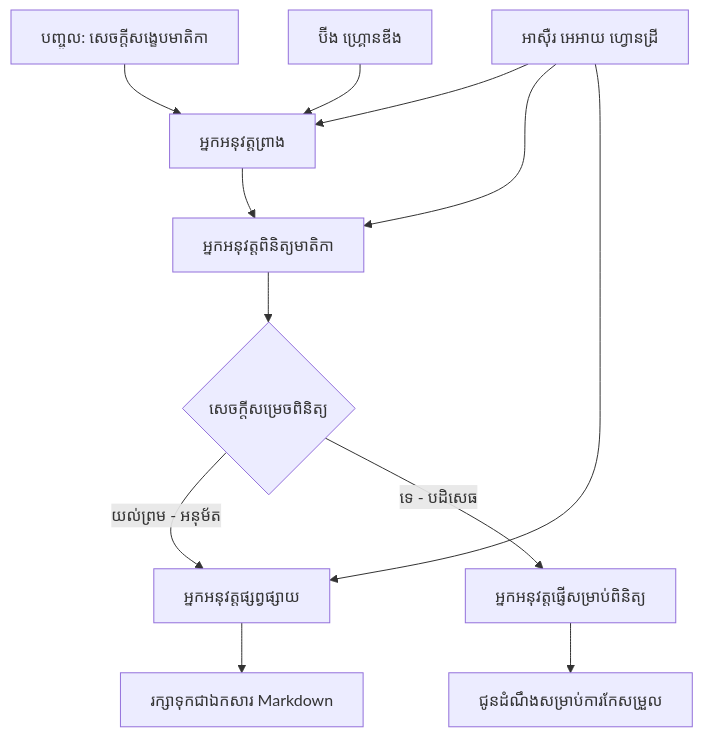
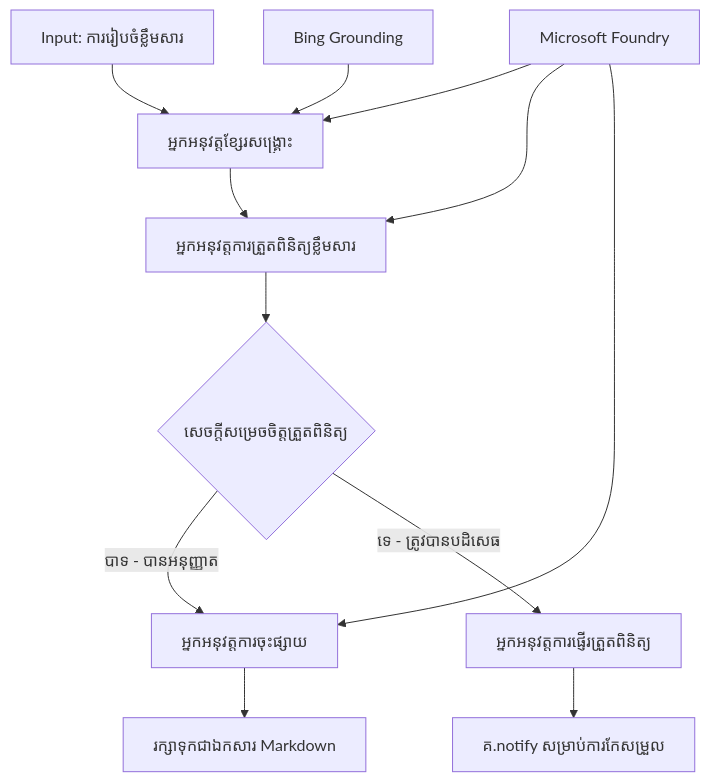
Before and after one commit to venturemavenwill/azureaifundamentals: the diagram in translations/km/08-multi-agent/code_samples/workflows-agent-framework/dotNET/04.dotnet-agent-framework-workflow-aifoundry-condition.md, drawn with Mermaid. The commit also changed other lines of this file and 4861 other files, not shown here.

````diff
--- a/translations/km/08-multi-agent/code_samples/workflows-agent-framework/dotNET/04.dotnet-agent-framework-workflow-aifoundry-condition.md
+++ b/translations/km/08-multi-agent/code_samples/workflows-agent-framework/dotNET/04.dotnet-agent-framework-workflow-aifoundry-condition.md
@@ -78,18 +78,18 @@
 ```mermaid
 graph TD
-    A[បញ្ចូល: សេចក្តីសង្ខេបមាតិកា] --> B[អ្នកអនុវត្តព្រាង]
-    B --> C[អ្នកអនុវត្តពិនិត្យមាតិកា]
-    C --> D{សេចក្តីសម្រេចពិនិត្យ}
+    A[Input: ការរៀបចំខ្លឹមសារ] --> B[អ្នកអនុវត្តខ្សែរសង្រ្គោះ]
+    B --> C[អ្នកអនុវត្តការត្រួតពិនិត្យខ្លឹមសារ]
+    C --> D{សេចក្តីសម្រេចចិត្តត្រួតពិនិត្យ}
     
-    D -->|យល់ព្រម - អនុម័ត| E[អ្នកអនុវត្តផ្សព្វផ្សាយ]
-    D -->|ទេ - បដិសេធ| F[អ្នកអនុវត្តផ្ញើសម្រាប់ពិនិត្យ]
+    D -->|បាទ - បានអនុញ្ញាត| E[អ្នកអនុវត្តការចុះផ្សាយ]
+    D -->|ទេ - ត្រូវបានបដិសេធ| F[អ្នកអនុវត្តការផ្ញើរត្រួតពិនិត្យ]
     
-    E --> G[រក្សាទុកជាឯកសារ Markdown]
-    F --> H[ជូនដំណឹងសម្រាប់ការកែសម្រួល]
+    E --> G[រក្សាទុកជា​ឯកសារ Markdown]
+    F --> H[គ.notify សម្រាប់ការកែសម្រួល]
     
-    I[អាស៊ឺរ អេអាយ ហ្វោនដ្រី] --> B
+    I[Microsoft Foundry] --> B
     I --> C
     I --> E
     
-    J[ប៊ីង ហ្គ្រោនឌីង] --> B
+    J[Bing Grounding] --> B
 ```
````
